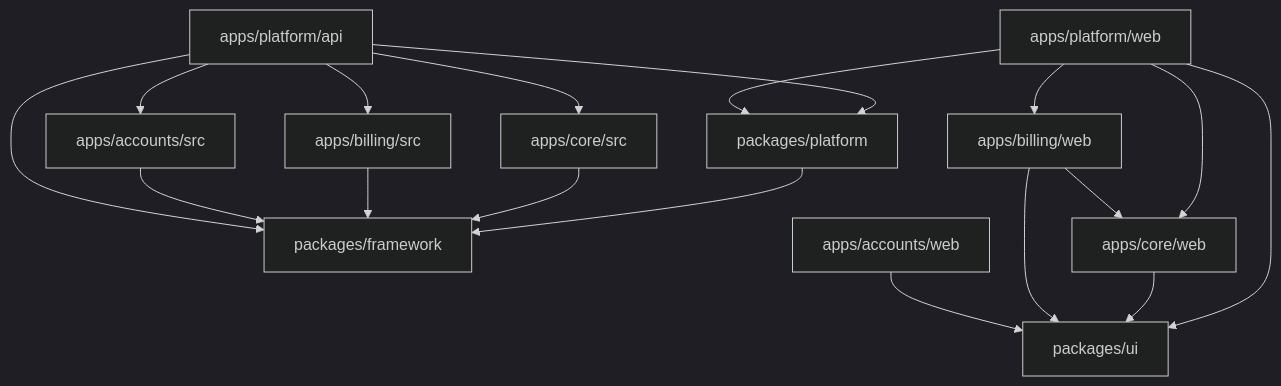
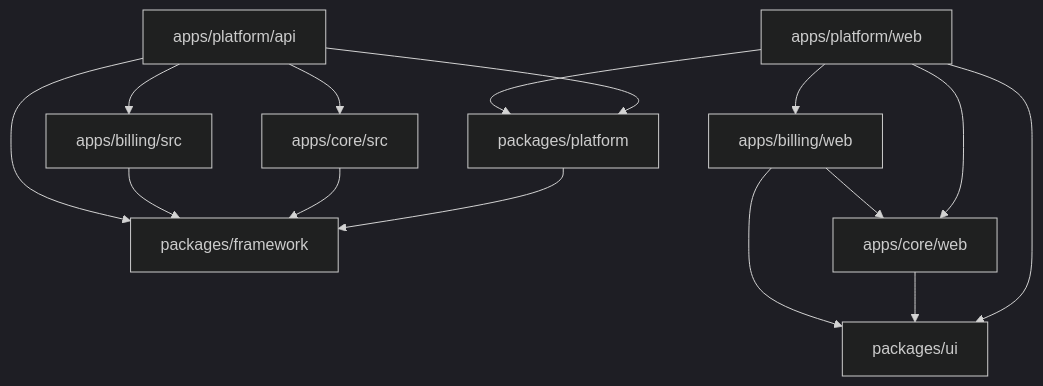
One commit to PREFIQ/codexsun changed the diagram in assist/architecture/module-boundaries.md. Above: the diagram before and after it, drawn with Mermaid (dark theme). The commit also changed other lines of this file and 155 other files, not shown here.

````diff
--- a/assist/architecture/module-boundaries.md
+++ b/assist/architecture/module-boundaries.md
@@ -343,32 +337,27 @@
 ```mermaid
 graph TD
   framework[packages/framework]
   platform[packages/platform]
   ui[packages/ui]
   core[apps/core/src]
   coreweb[apps/core/web]
   billing[apps/billing/src]
   billingweb[apps/billing/web]
-  accounts[apps/accounts/src]
-  accountsweb[apps/accounts/web]
   api[apps/platform/api]
   web[apps/platform/web]
 
   platform --> framework
   core --> framework
   billing --> framework
-  accounts --> framework
   api --> framework
   api --> platform
   api --> core
   api --> billing
-  api --> accounts
   web --> platform
   web --> ui
   web --> coreweb
   web --> billingweb
   coreweb --> ui
   billingweb --> ui
   billingweb --> coreweb
-  accountsweb --> ui
 ```
````
